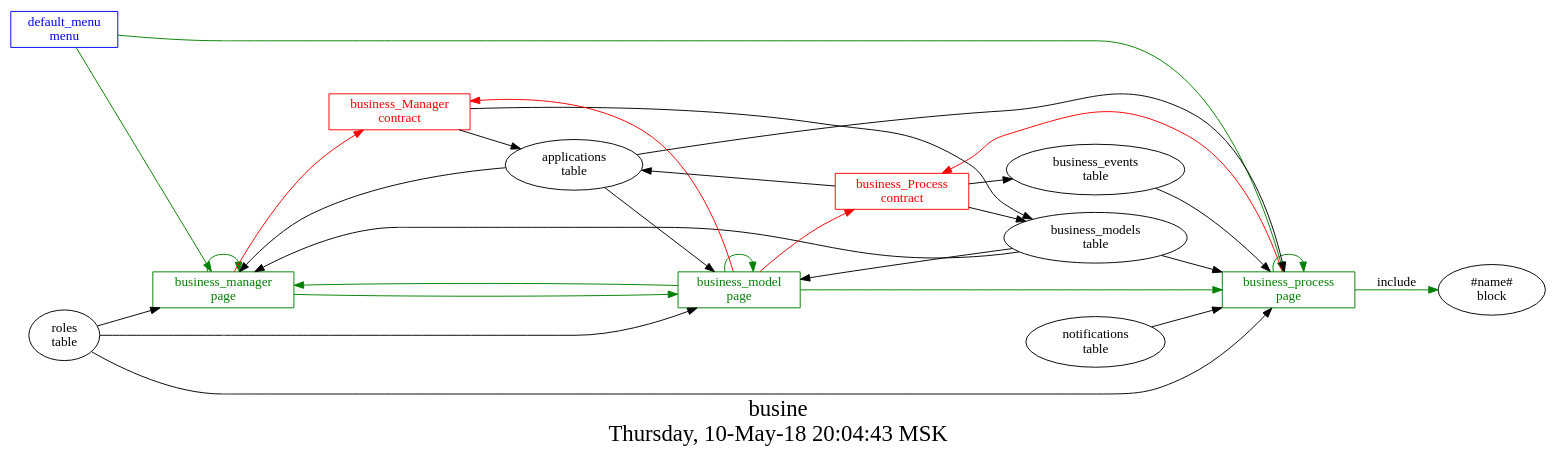
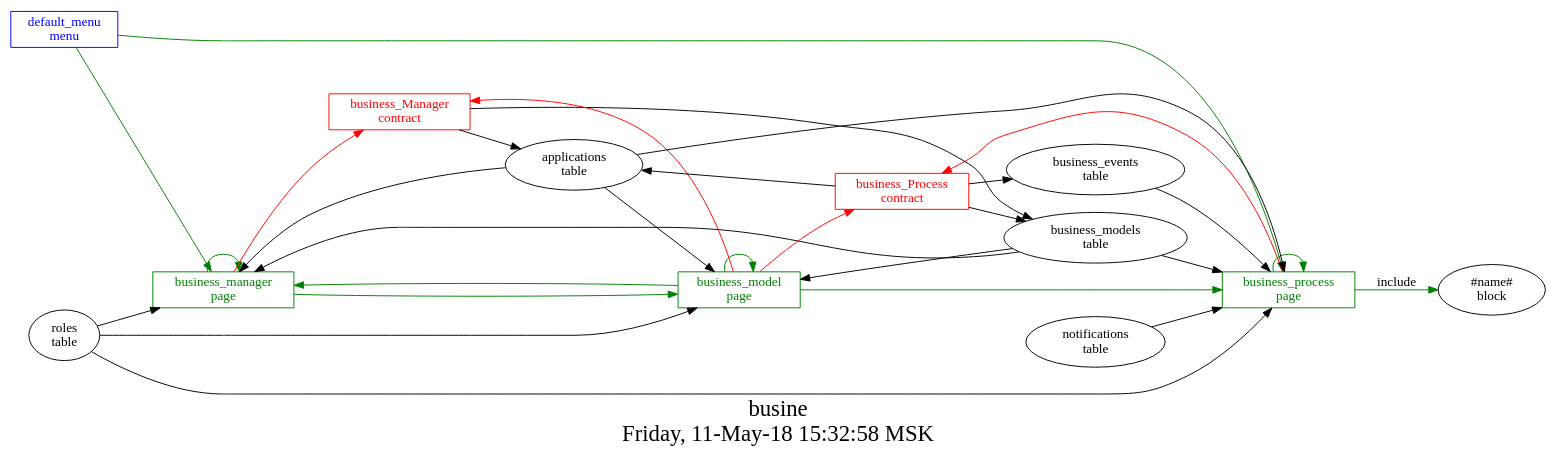
Before and after one commit to AplaProject/apps: the diagram in src/business/struct.dot, drawn with Graphviz. The commit also changed 19 other files, not shown here.

```diff
--- a/src/business/struct.dot
+++ b/src/business/struct.dot
@@ -1,47 +1,47 @@
 digraph G {
 graph [
   fontsize="24";
-  label="busine\nThursday, 10-May-18 20:04:43 MSK";
+  label="busine\nFriday, 11-May-18 15:32:58 MSK";
   nojustify=true;
   ordering=out;
   rankdir=LR;
   size="30";
 ];
 "default_menu\nmenu" -> "business_manager\npage"  [ color=green ]
 "default_menu\nmenu" -> "business_process\npage"  [ color=green ]
 "default_menu\nmenu" [color=blue, fontcolor=blue, group=menus, shape=record];
 "business_manager\npage" -> "business_Manager\ncontract"  [ color=red ]
 "applications\ntable" -> "business_manager\npage"  [ color="" ]
 "roles\ntable" -> "business_manager\npage"  [ color="" ]
 "business_models\ntable" -> "business_manager\npage"  [ color="" ]
 "business_manager\npage" -> "business_model\npage"  [ color=green ]
 "business_manager\npage" -> "business_manager\npage"  [ color=green ]
 "business_manager\npage" [color=green, fontcolor=green, group=pages, shape=record];
 "business_model\npage" -> "business_Process\ncontract"  [ color=red ]
 "business_model\npage" -> "business_Manager\ncontract"  [ color=red ]
 "applications\ntable" -> "business_model\npage"  [ color="" ]
 "business_models\ntable" -> "business_model\npage"  [ color="" ]
 "roles\ntable" -> "business_model\npage"  [ color="" ]
 "business_model\npage" -> "business_manager\npage"  [ color=green ]
 "business_model\npage" -> "business_process\npage"  [ color=green ]
 "business_model\npage" -> "business_model\npage"  [ color=green ]
 "business_model\npage" [color=green, fontcolor=green, group=pages, shape=record];
 "business_process\npage" -> "business_Process\ncontract"  [ color=red ]
 "applications\ntable" -> "business_process\npage"  [ color="" ]
 "notifications\ntable" -> "business_process\npage"  [ color="" ]
 "business_models\ntable" -> "business_process\npage"  [ color="" ]
 "roles\ntable" -> "business_process\npage"  [ color="" ]
 "business_events\ntable" -> "business_process\npage"  [ color="" ]
 "business_process\npage" -> "business_process\npage"  [ color=green ]
 "business_process\npage" -> "#name#\nblock"  [ color=green, label=include ]
 "business_process\npage" [color=green, fontcolor=green, group=pages, shape=record];
 "business_Manager\ncontract" -> "applications\ntable"  [ color="" ]
 "business_Manager\ncontract" -> "business_models\ntable"  [ color="" ]
 "business_Manager\ncontract" [color=red, fontcolor=red, group=contracts, shape=record];
 "business_Process\ncontract" -> "applications\ntable"  [ color="" ]
 "business_Process\ncontract" -> "business_events\ntable"  [ color="" ]
 "business_Process\ncontract" -> "business_models\ntable"  [ color="" ]
 "business_Process\ncontract" [color=red, fontcolor=red, group=contracts, shape=record];
 "business_events\ntable" [color="", fontcolor="", group=tables, shape=""];
 "business_models\ntable" [color="", fontcolor="", group=tables, shape=""];
 }
```
